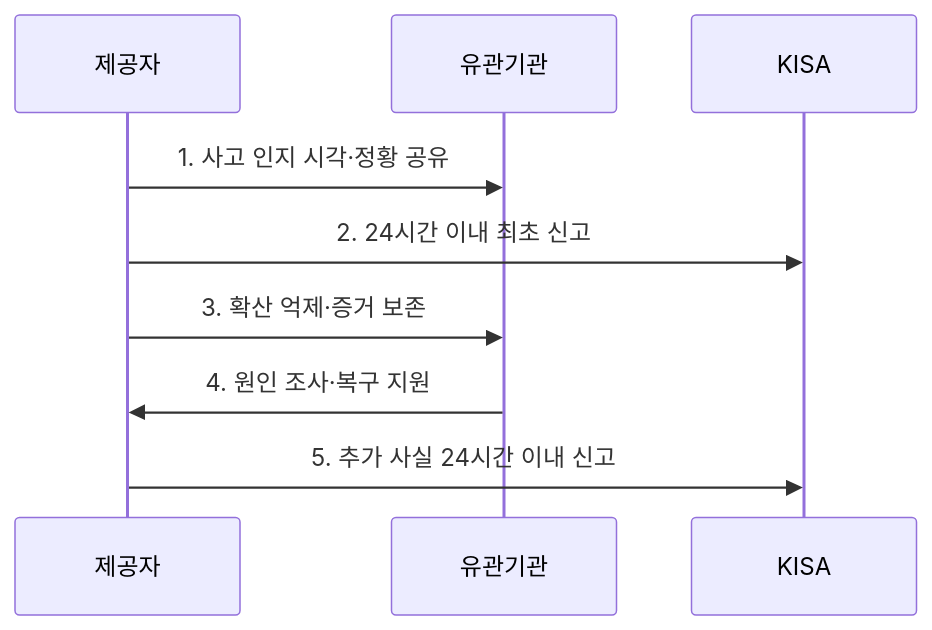
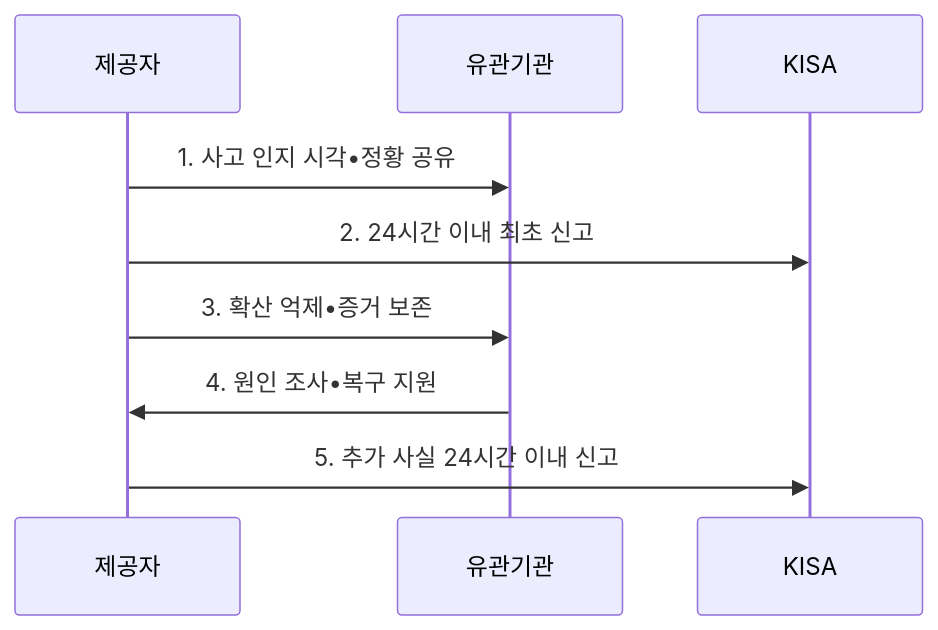
The second of 2 diagrams in src/content/docs/notes/07-law-policy/024_network_act_incident_report.md (agnusdei1207/knowledge-base), drawn with Mermaid before and after one commit. The commit also changed other lines of this file and 953 other files, not shown here.

````diff
--- a/src/content/docs/notes/07-law-policy/024_network_act_incident_report.md
+++ b/src/content/docs/notes/07-law-policy/024_network_act_incident_report.md
@@ -106,11 +106,11 @@
 ```mermaid
 sequenceDiagram
     participant 제공자
     participant 유관기관
     participant KISA
-    제공자->>유관기관: 1. 사고 인지 시각·정황 공유
+    제공자->>유관기관: 1. 사고 인지 시각•정황 공유
     제공자->>KISA: 2. 24시간 이내 최초 신고
-    제공자->>유관기관: 3. 확산 억제·증거 보존
-    유관기관->>제공자: 4. 원인 조사·복구 지원
+    제공자->>유관기관: 3. 확산 억제•증거 보존
+    유관기관->>제공자: 4. 원인 조사•복구 지원
     제공자->>KISA: 5. 추가 사실 24시간 이내 신고
 ```
````
